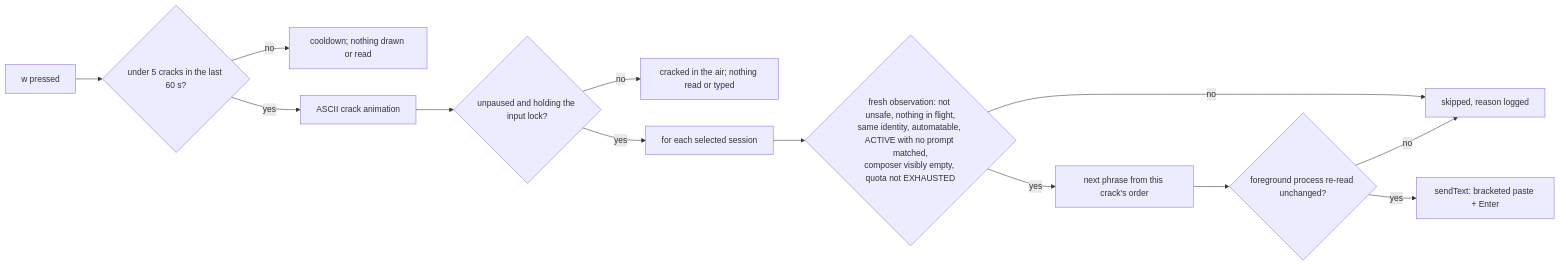
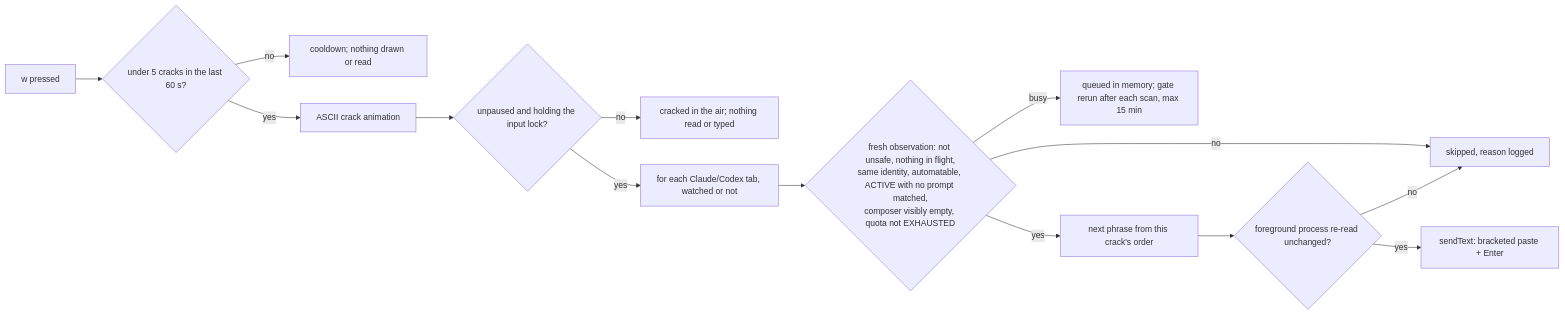
The fifth of 7 diagrams in docs/ARCHITECTURE.md (marcelpetrick/AgentWhileTrue), drawn with Mermaid before and after one commit. The commit also changed other lines of this file and 17 other files, not shown here.

Commit message:
feat(AgentWhileTrue): let the whip reach every agent tab, busy ones once free

````diff
--- a/docs/ARCHITECTURE.md
+++ b/docs/ARCHITECTURE.md
@@ -304,15 +308,16 @@
 ```mermaid
 flowchart LR
     key["w pressed"] --> rate{"under 5 cracks in the last 60 s?"}
     rate -->|no| cool["cooldown; nothing drawn or read"]
     rate -->|yes| anim["ASCII crack animation"]
     anim --> armed{"unpaused and holding the input lock?"}
     armed -->|no| air["cracked in the air; nothing read or typed"]
-    armed -->|yes| each["for each selected session"]
+    armed -->|yes| each["for each Claude/Codex tab, watched or not"]
     each --> gate{"fresh observation: not unsafe, nothing in flight,<br/>same identity, automatable, ACTIVE with no prompt matched,<br/>composer visibly empty, quota not EXHAUSTED"}
+    gate -->|busy| wait["queued in memory; gate rerun after each scan, max 15 min"]
     gate -->|no| skip["skipped, reason logged"]
     gate -->|yes| phrase["next phrase from this crack's order"]
     phrase --> reread{"foreground process re-read unchanged?"}
     reread -->|no| skip
     reread -->|yes| send["sendText: bracketed paste + Enter"]
 ```
````
